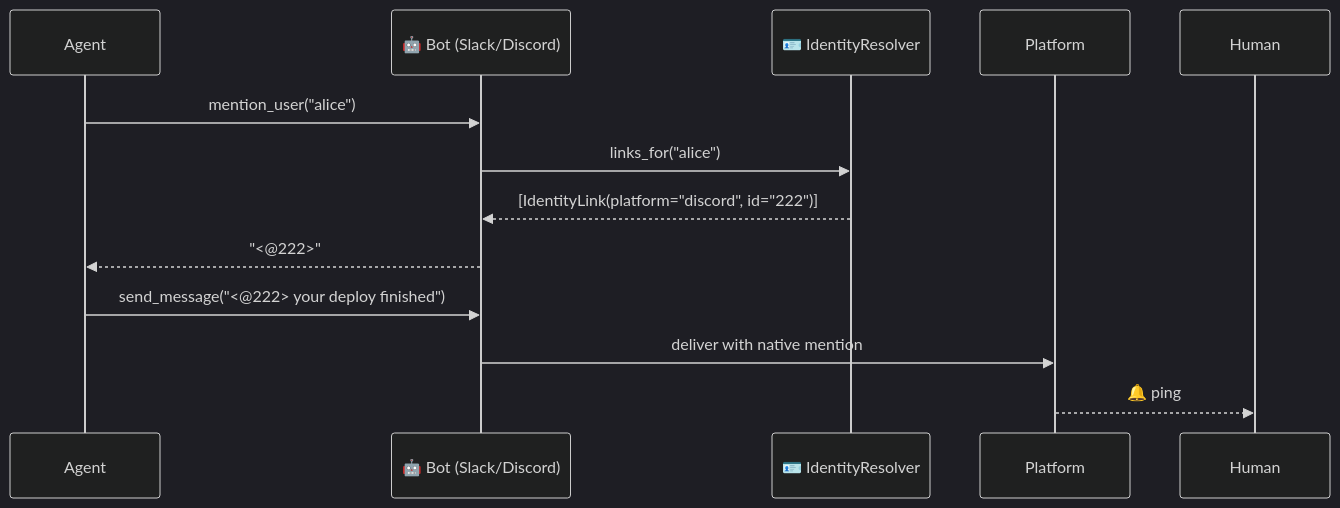
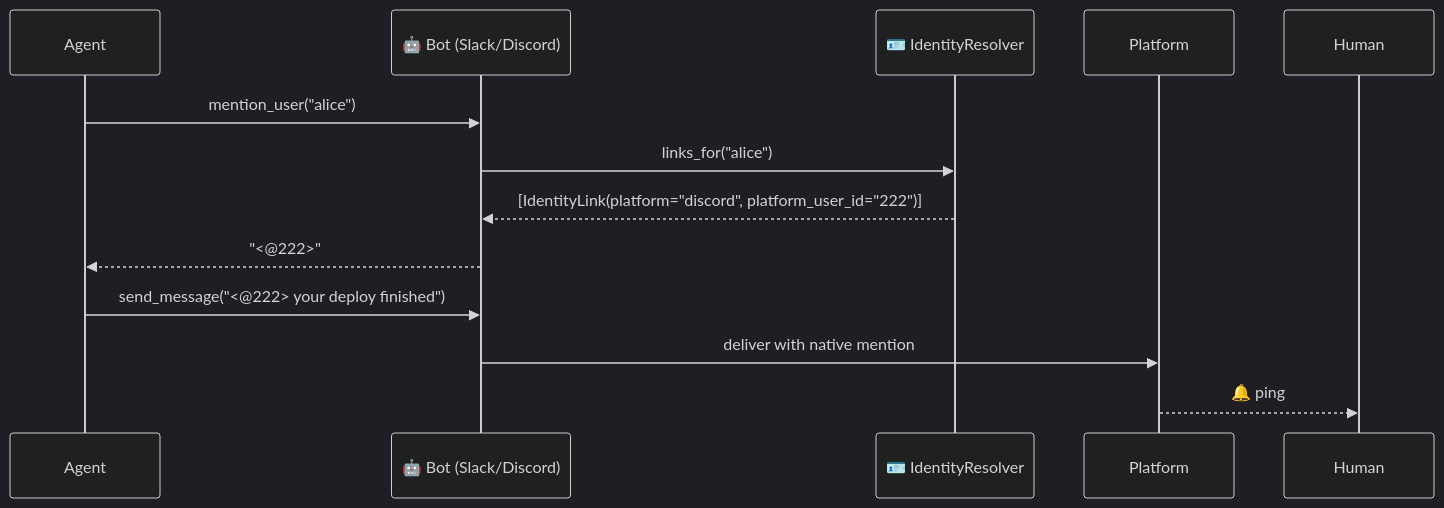
One commit to MervinPraison/PraisonAIDocs changed the second of 3 diagrams in docs/features/bot-mention-user.mdx. Above: the diagram before and after it, drawn with Mermaid (dark theme). The commit also changed other lines of this file, not shown here.

Commit message:
fix: use bot.adapter.mention_user and correct IdentityLink field in Mention a Human page

````diff
--- a/docs/features/bot-mention-user.mdx
+++ b/docs/features/bot-mention-user.mdx
@@ -88,16 +88,16 @@
 ```mermaid
 sequenceDiagram
     participant Agent
     participant Bot as 🤖 Bot (Slack/Discord)
     participant Resolver as 🪪 IdentityResolver
     participant Platform
     participant Human
 
     Agent->>Bot: mention_user("alice")
     Bot->>Resolver: links_for("alice")
-    Resolver-->>Bot: [IdentityLink(platform="discord", id="222")]
+    Resolver-->>Bot: [IdentityLink(platform="discord", platform_user_id="222")]
     Bot-->>Agent: "<@222>"
     Agent->>Bot: send_message("<@222> your deploy finished")
     Bot->>Platform: deliver with native mention
     Platform-->>Human: 🔔 ping
 ```
````
